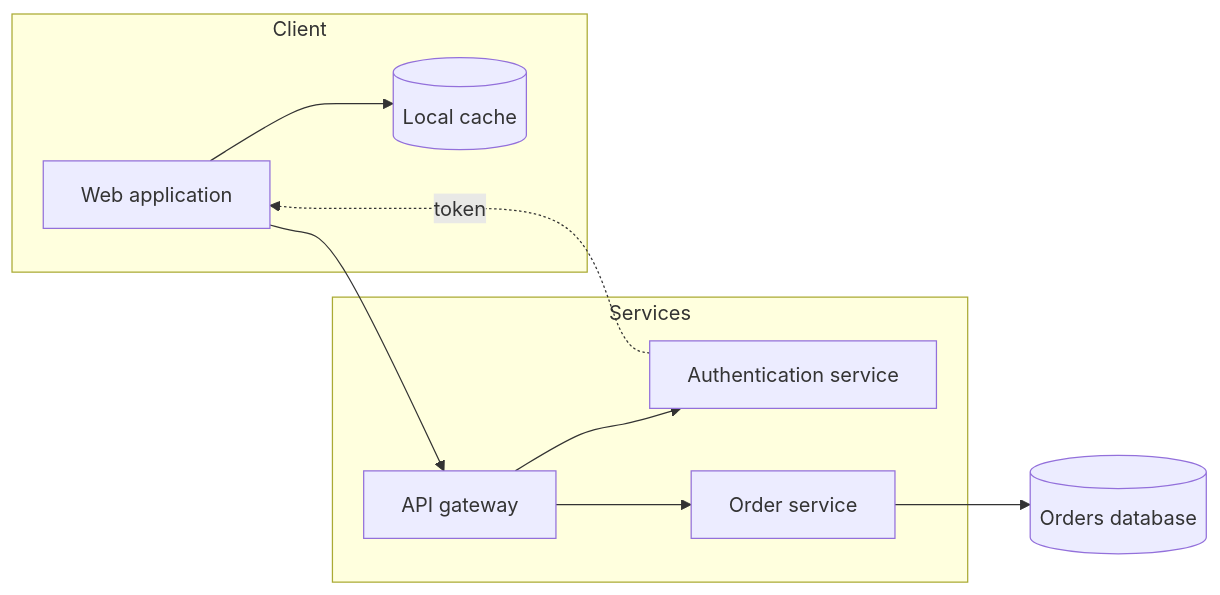
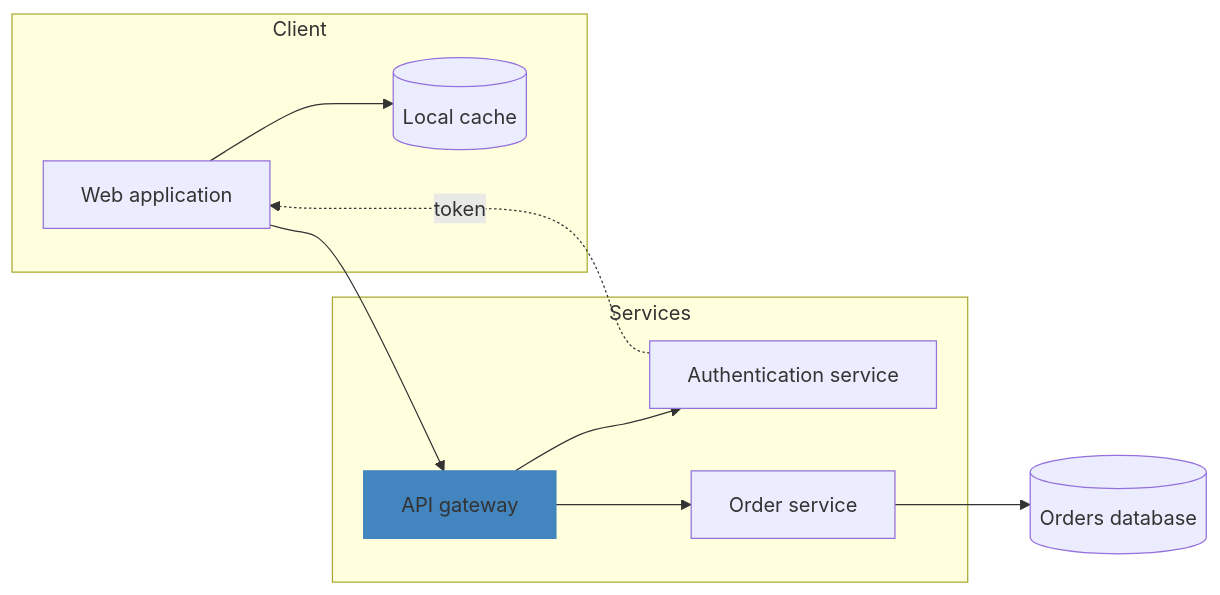
One commit to macklinu/skills changed the diagram in skills/mermaid/examples/architecture.mmd. Above: the diagram before and after it, drawn with Mermaid. The commit also changed 5 other files, not shown here.

Commit message:
feat(mermaid): add dark-by-default diagram skill (#26)

```diff
--- a/skills/mermaid/examples/architecture.mmd
+++ b/skills/mermaid/examples/architecture.mmd
@@ -1,17 +1,19 @@
 flowchart LR
   subgraph Client
     UI[Web application]
     Cache[(Local cache)]
   end
   subgraph Services
     API[API gateway]
     Auth[Authentication service]
     Orders[Order service]
   end
   DB[(Orders database)]
   UI --> API
   UI --> Cache
   API --> Auth
   API --> Orders
   Orders --> DB
   Auth -. token .-> UI
+  classDef primary fill:#4385be,stroke:#4385be;
+  class API primary
```
